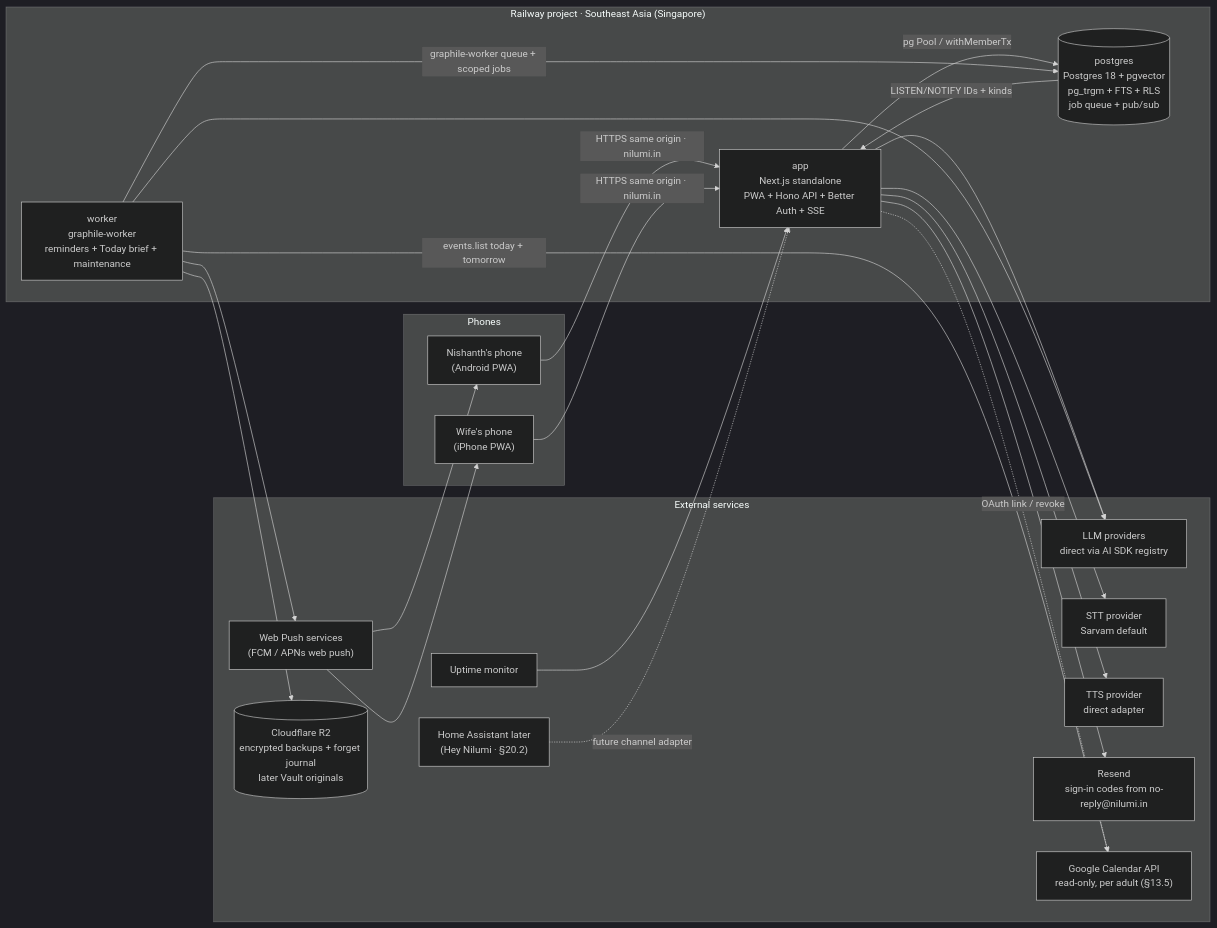
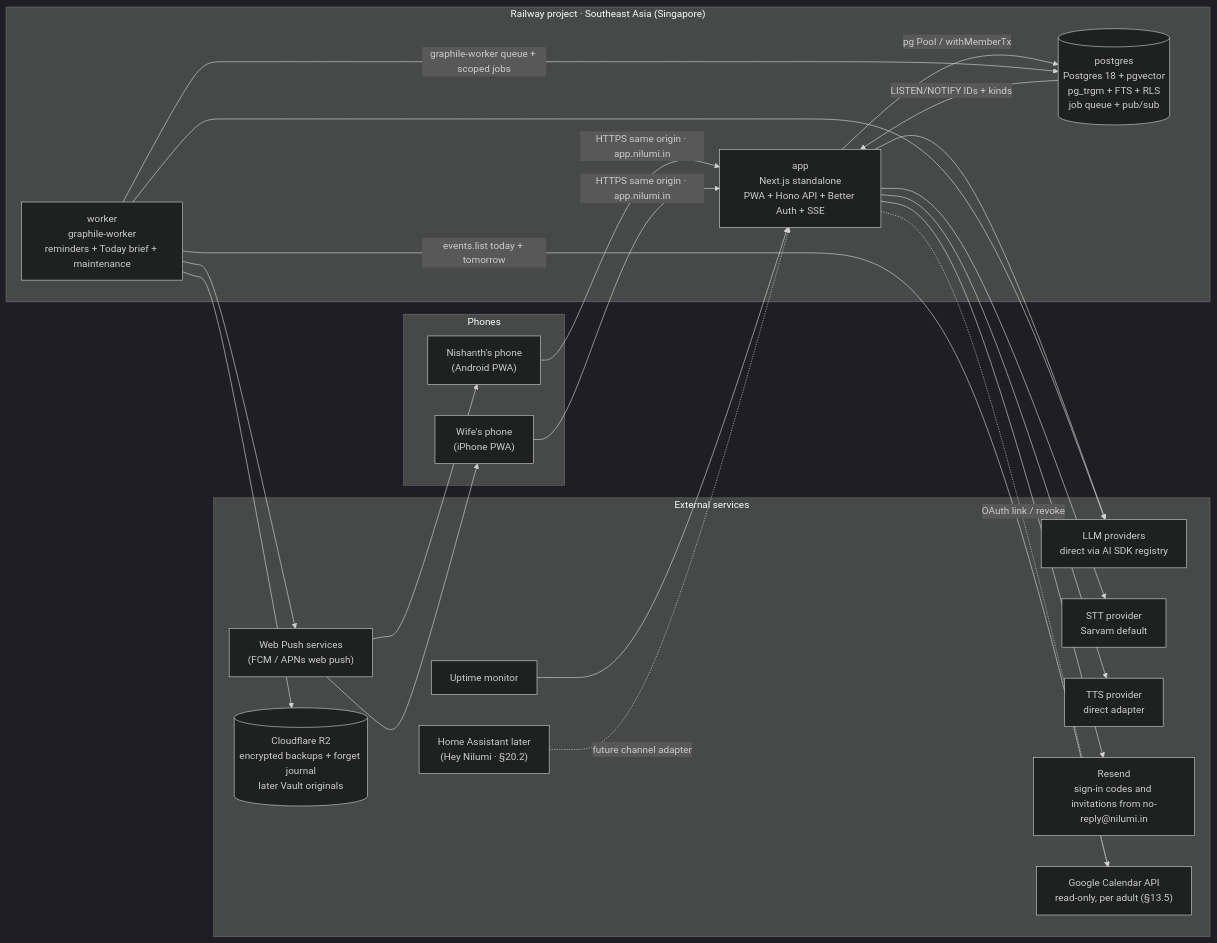
The first of 3 diagrams in docs/core/02-architecture.md (nishanthturnstile/nilumi), drawn with Mermaid (dark theme) before and after one commit. The commit also changed other lines of this file and 12 other files, not shown here.

First line of the commit message:
Add application flows and record pre-Phase 1 decisions

````diff
--- a/docs/core/02-architecture.md
+++ b/docs/core/02-architecture.md
@@ -62,41 +62,41 @@
 ```mermaid
 flowchart LR
   subgraph Phones
     A["Nishanth's phone<br/>(Android PWA)"]
     B["Wife's phone<br/>(iPhone PWA)"]
   end
 
   subgraph Rail["Railway project · Southeast Asia (Singapore)"]
     APP["app<br/>Next.js standalone<br/>PWA + Hono API + Better Auth + SSE"]
     WORKER["worker<br/>graphile-worker<br/>reminders + Today brief + maintenance"]
     PG[("postgres<br/>Postgres 18 + pgvector<br/>pg_trgm + FTS + RLS<br/>job queue + pub/sub")]
   end
 
   subgraph External["External services"]
     LLM["LLM providers<br/>direct via AI SDK registry"]
     STT["STT provider<br/>Sarvam default"]
     TTS["TTS provider<br/>direct adapter"]
     PUSH["Web Push services<br/>(FCM / APNs web push)"]
     R2[("Cloudflare R2<br/>encrypted backups + forget journal<br/>later Vault originals")]
-    RESEND["Resend<br/>sign-in codes from no-reply@nilumi.in"]
+    RESEND["Resend<br/>sign-in codes and invitations from no-reply@nilumi.in"]
     MON["Uptime monitor"]
     GCAL["Google Calendar API<br/>read-only, per adult (§13.5)"]
     HA["Home Assistant later<br/>(Hey Nilumi · §20.2)"]
   end
 
-  A & B -- "HTTPS same origin · nilumi.in" --> APP
+  A & B -- "HTTPS same origin · app.nilumi.in" --> APP
   APP -- "pg Pool / withMemberTx" --> PG
   WORKER -- "graphile-worker queue + scoped jobs" --> PG
   PG -- "LISTEN/NOTIFY IDs + kinds" --> APP
   APP --> LLM
   APP --> STT
   APP --> TTS
   APP --> RESEND
   WORKER --> LLM
   WORKER --> PUSH --> A & B
   WORKER --> R2
   APP -. "OAuth link / revoke" .-> GCAL
   WORKER -- "events.list today + tomorrow" --> GCAL
   MON --> APP
   HA -. "future channel adapter" .-> APP
 ```
````
